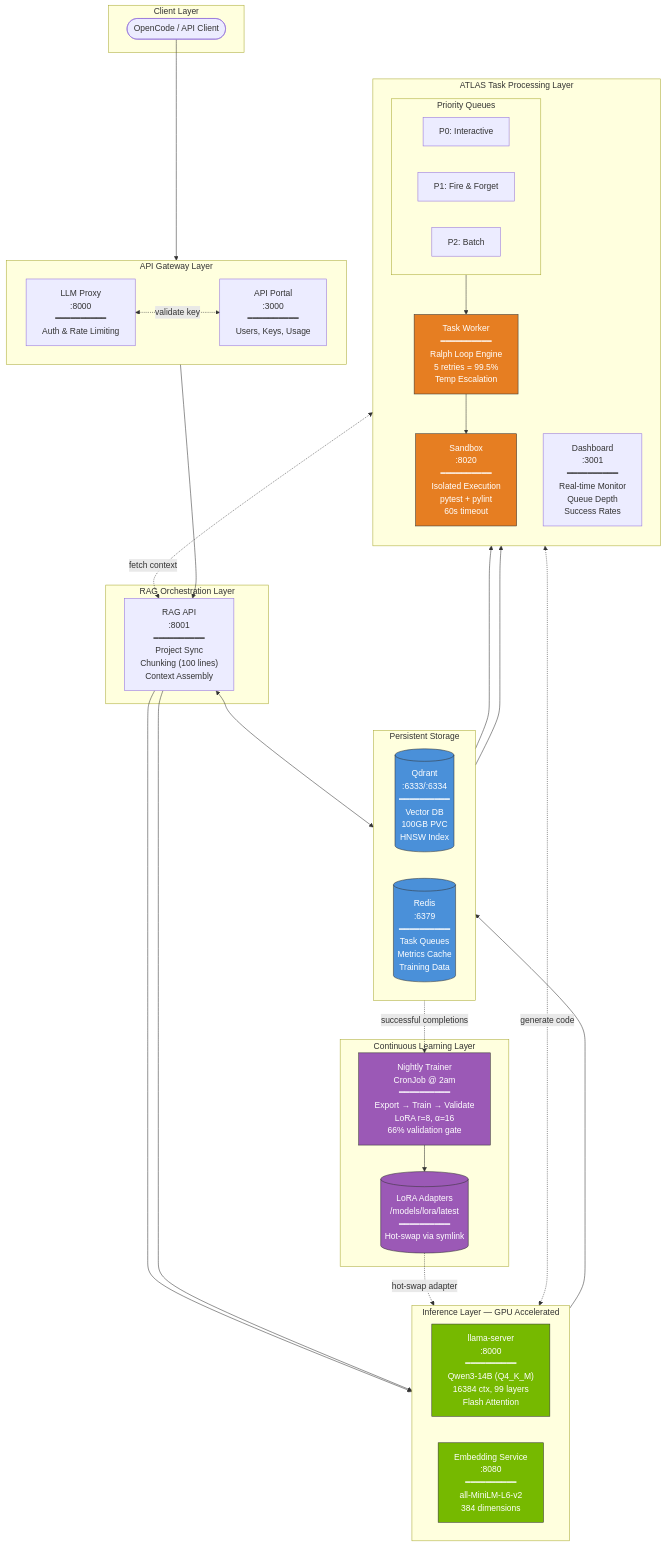
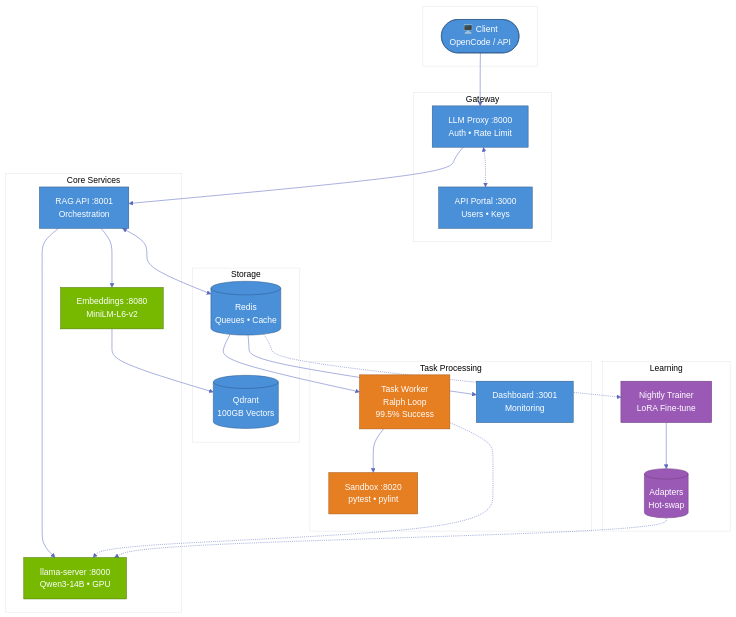
The diagram in docs/architecture-diagram.md (itigges22/ATLAS), drawn with Mermaid before and after one commit. The commit also changed other lines of this file and 1 other file, not shown here.

Commit message:
docs: Modernize README & Architecture Diagram with improved layout and content

````diff
--- a/docs/architecture-diagram.md
+++ b/docs/architecture-diagram.md
@@ -5,86 +5,51 @@
 ```mermaid
+%%{init: {'theme': 'base', 'themeVariables': { 'primaryColor': '#4A90D9', 'primaryTextColor': '#fff', 'primaryBorderColor': '#2E5A8B', 'lineColor': '#5C6BC0', 'secondaryColor': '#E8EAF6', 'tertiaryColor': '#fff'}}}%%
 flowchart TB
-    subgraph client["Client Layer"]
-        opencode([OpenCode / API Client])
+    subgraph external[" "]
+        client(["🖥️ Client<br/>OpenCode / API"])
     end
-
-    subgraph gateway["API Gateway Layer"]
-        direction LR
-        proxy["LLM Proxy<br/>:8000<br/>━━━━━━━━━━<br/>Auth & Rate Limiting"]
-        portal["API Portal<br/>:3000<br/>━━━━━━━━━━<br/>Users, Keys, Usage"]
+    subgraph gateway["Gateway"]
+        proxy["LLM Proxy :8000<br/>Auth • Rate Limit"]
+        portal["API Portal :3000<br/>Users • Keys"]
     end
-
-    subgraph inference["Inference Layer — GPU Accelerated"]
-        direction LR
-        llama["llama-server<br/>:8000<br/>━━━━━━━━━━<br/>Qwen3-14B (Q4_K_M)<br/>16384 ctx, 99 layers<br/>Flash Attention"]
-        embed["Embedding Service<br/>:8080<br/>━━━━━━━━━━<br/>all-MiniLM-L6-v2<br/>384 dimensions"]
+    subgraph core["Core Services"]
+        rag["RAG API :8001<br/>Orchestration"]
+        llama["llama-server :8000<br/>Qwen3-14B • GPU"]
+        embed["Embeddings :8080<br/>MiniLM-L6-v2"]
     end
-
-    subgraph orchestration["RAG Orchestration Layer"]
-        rag["RAG API<br/>:8001<br/>━━━━━━━━━━<br/>Project Sync<br/>Chunking (100 lines)<br/>Context Assembly"]
+    subgraph data["Storage"]
+        qdrant[("Qdrant<br/>100GB Vectors")]
+        redis[("Redis<br/>Queues • Cache")]
     end
-
-    subgraph storage["Persistent Storage"]
-        direction LR
-        qdrant[("Qdrant<br/>:6333/:6334<br/>━━━━━━━━━━<br/>Vector DB<br/>100GB PVC<br/>HNSW Index")]
-        redis[("Redis<br/>:6379<br/>━━━━━━━━━━<br/>Task Queues<br/>Metrics Cache<br/>Training Data")]
+    subgraph atlas["Task Processing"]
+        worker["Task Worker<br/>Ralph Loop<br/>99.5% Success"]
+        sandbox["Sandbox :8020<br/>pytest • pylint"]
+        dash["Dashboard :3001<br/>Monitoring"]
     end
-
-    subgraph atlas["ATLAS Task Processing Layer"]
-        direction TB
-
-        subgraph queues["Priority Queues"]
-            p0["P0: Interactive"]
-            p1["P1: Fire & Forget"]
-            p2["P2: Batch"]
-        end
-
-        worker["Task Worker<br/>━━━━━━━━━━<br/>Ralph Loop Engine<br/>5 retries = 99.5%<br/>Temp Escalation"]
-
-        sandbox["Sandbox<br/>:8020<br/>━━━━━━━━━━<br/>Isolated Execution<br/>pytest + pylint<br/>60s timeout"]
-
-        dash["Dashboard<br/>:3001<br/>━━━━━━━━━━<br/>Real-time Monitor<br/>Queue Depth<br/>Success Rates"]
+    subgraph learn["Learning"]
+        trainer["Nightly Trainer<br/>LoRA Fine-tune"]
+        lora[("Adapters<br/>Hot-swap")]
     end
-
-    subgraph learning["Continuous Learning Layer"]
-        trainer["Nightly Trainer<br/>CronJob @ 2am<br/>━━━━━━━━━━<br/>Export → Train → Validate<br/>LoRA r=8, α=16<br/>66% validation gate"]
-        lora[("LoRA Adapters<br/>/models/lora/latest<br/>━━━━━━━━━━<br/>Hot-swap via symlink")]
-    end
-
-    %% Client connections
-    opencode --> proxy
-
-    %% Gateway layer
-    proxy <-. "validate key" .-> portal
+    client --> proxy
+    proxy <-.-> portal
     proxy --> rag
-
-    %% Orchestration to inference
     rag --> llama
     rag --> embed
     embed --> qdrant
     rag <--> redis
-
-    %% Task processing
-    redis --> queues
-    queues --> worker
+    redis --> worker
     worker --> sandbox
-    worker <-. "generate code" .-> llama
-    worker <-. "fetch context" .-> rag
+    worker -.-> llama
     redis --> dash
-
-    %% Learning loop
-    redis -. "successful completions" .-> trainer
+    redis -.-> trainer
     trainer --> lora
-    lora -. "hot-swap adapter" .-> llama
-
-    %% Styling
-    classDef gpu fill:#76B900,stroke:#333,color:#fff
-    classDef storage fill:#4A90D9,stroke:#333,color:#fff
-    classDef worker fill:#E67E22,stroke:#333,color:#fff
-    classDef learning fill:#9B59B6,stroke:#333,color:#fff
-
+    lora -.-> llama
+    classDef gpu fill:#76B900,stroke:#4a7200,color:#fff
+    classDef storage fill:#4A90D9,stroke:#2E5A8B,color:#fff
+    classDef process fill:#E67E22,stroke:#a85a16,color:#fff
+    classDef learn fill:#9B59B6,stroke:#6c3d80,color:#fff
     class llama,embed gpu
     class qdrant,redis storage
-    class worker,sandbox worker
-    class trainer,lora learning
+    class worker,sandbox process
+    class trainer,lora learn
 ```
````
